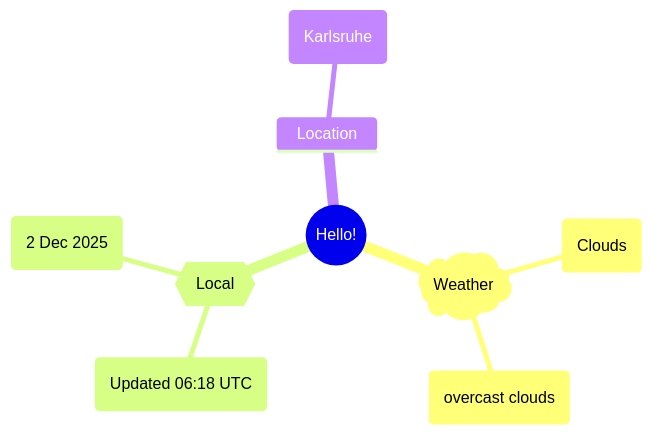
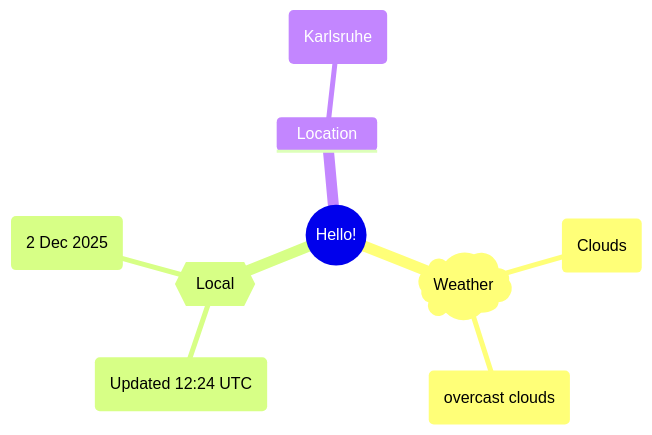
One commit to Xosrov/Xosrov changed the first of 2 diagrams in README.md. Above: the diagram before and after it, drawn with Mermaid.

Commit message:
[bot] updated images

````diff
--- a/README.md
+++ b/README.md
@@ -3,12 +3,12 @@
 ```mermaid
 mindmap
   root((Hello!))
     )Weather(
         (Clouds)
         (overcast clouds)
     {{Local}}
-        (Updated 06:18 UTC)
+        (Updated 12:24 UTC)
         (2 Dec 2025)
     Location
         (Karlsruhe)
 ```
````
